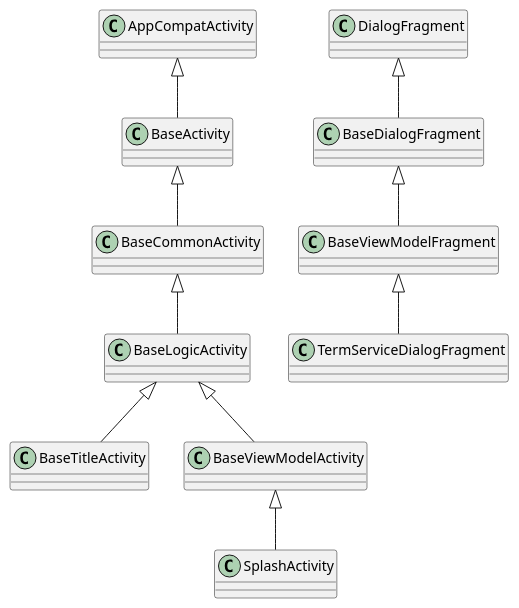
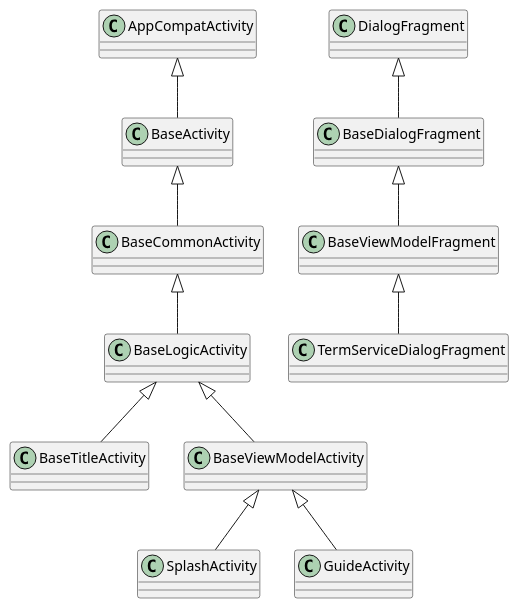
One commit to boredommaker/cloud-music-java-self changed the diagram in class.puml. Above: the diagram before and after it, drawn with PlantUML. The commit also changed 5 other files, not shown here.

```diff
--- a/class.puml
+++ b/class.puml
@@ -1,16 +1,19 @@
 @startuml
 'https://plantuml.com/class-diagram
 
 AppCompatActivity    <|--    BaseActivity
 BaseActivity         <|--    BaseCommonActivity
 BaseCommonActivity   <|--    BaseLogicActivity
 BaseLogicActivity    <|--    BaseTitleActivity
 BaseViewModelActivity    <|--    SplashActivity
+BaseViewModelActivity <|-- GuideActivity
 
 DialogFragment    <|--    BaseDialogFragment
 BaseDialogFragment   <|--    BaseViewModelFragment
 BaseViewModelFragment <|--    TermServiceDialogFragment
 
 
 BaseLogicActivity <|-- BaseViewModelActivity
+
+
 @enduml
```
